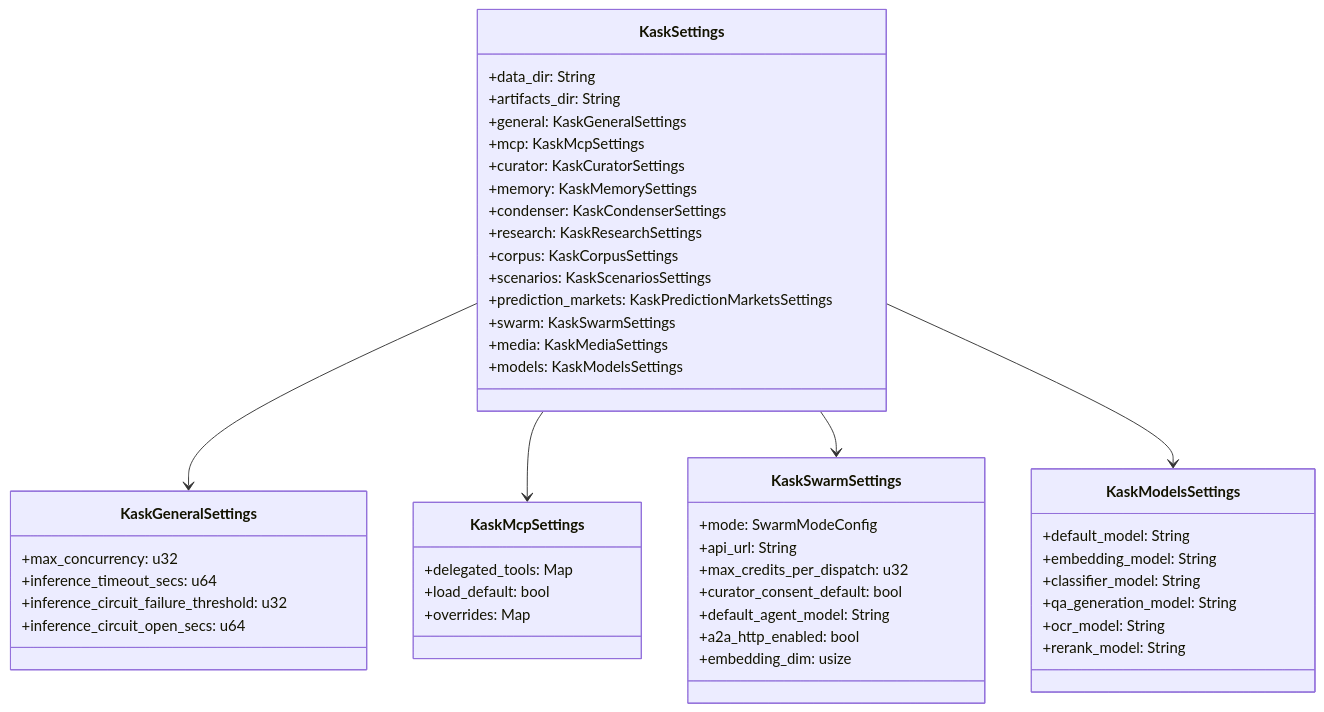
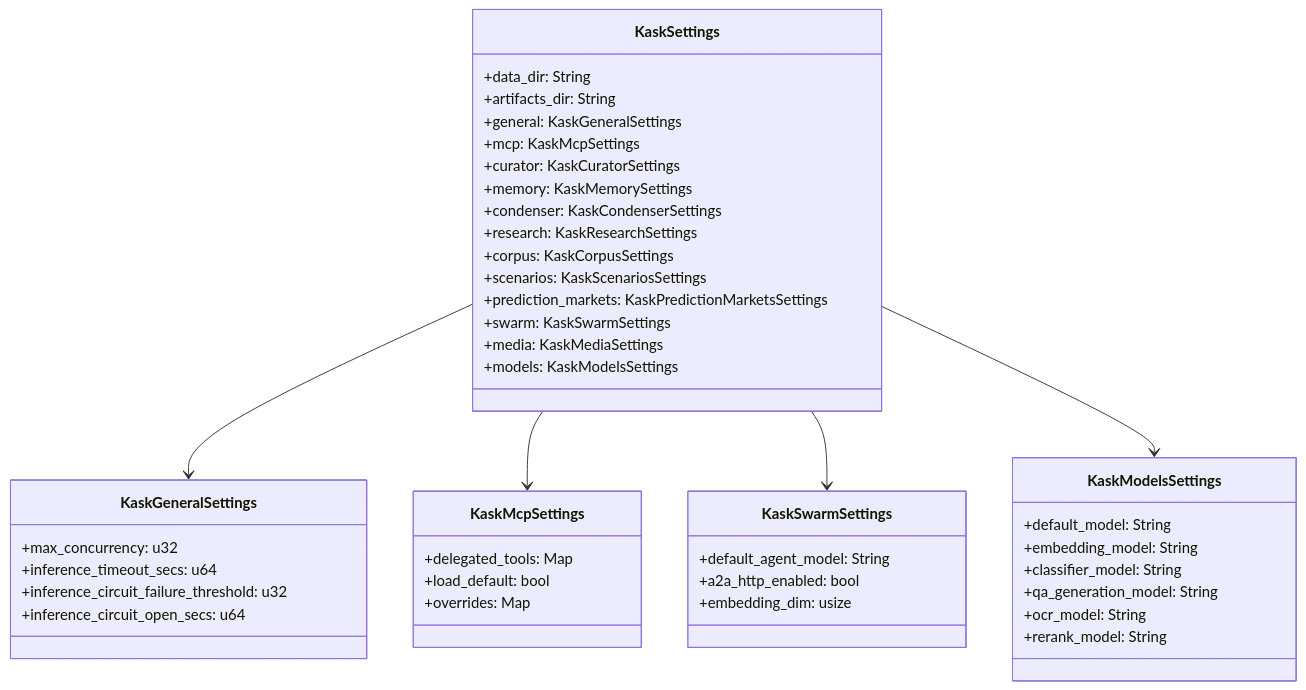
The first of 3 diagrams in kask/docs/diataxis/kask_bridge/reference.md (mdz-axo/zed-kask), drawn with Mermaid before and after one commit. The commit also changed other lines of this file and 31 other files, not shown here.

````diff
--- a/kask/docs/diataxis/kask_bridge/reference.md
+++ b/kask/docs/diataxis/kask_bridge/reference.md
@@ -46,51 +46,47 @@
 ```mermaid
 classDiagram
     class KaskSettings {
         +data_dir: String
         +artifacts_dir: String
         +general: KaskGeneralSettings
         +mcp: KaskMcpSettings
         +curator: KaskCuratorSettings
         +memory: KaskMemorySettings
         +condenser: KaskCondenserSettings
         +research: KaskResearchSettings
         +corpus: KaskCorpusSettings
         +scenarios: KaskScenariosSettings
         +prediction_markets: KaskPredictionMarketsSettings
         +swarm: KaskSwarmSettings
         +media: KaskMediaSettings
         +models: KaskModelsSettings
     }
     class KaskGeneralSettings {
         +max_concurrency: u32
         +inference_timeout_secs: u64
         +inference_circuit_failure_threshold: u32
         +inference_circuit_open_secs: u64
     }
     class KaskMcpSettings {
         +delegated_tools: Map
         +load_default: bool
         +overrides: Map
     }
     class KaskSwarmSettings {
-        +mode: SwarmModeConfig
-        +api_url: String
-        +max_credits_per_dispatch: u32
-        +curator_consent_default: bool
         +default_agent_model: String
         +a2a_http_enabled: bool
         +embedding_dim: usize
     }
     class KaskModelsSettings {
         +default_model: String
         +embedding_model: String
         +classifier_model: String
         +qa_generation_model: String
         +ocr_model: String
         +rerank_model: String
     }
     KaskSettings --> KaskGeneralSettings
     KaskSettings --> KaskMcpSettings
     KaskSettings --> KaskSwarmSettings
     KaskSettings --> KaskModelsSettings
 ```
````
